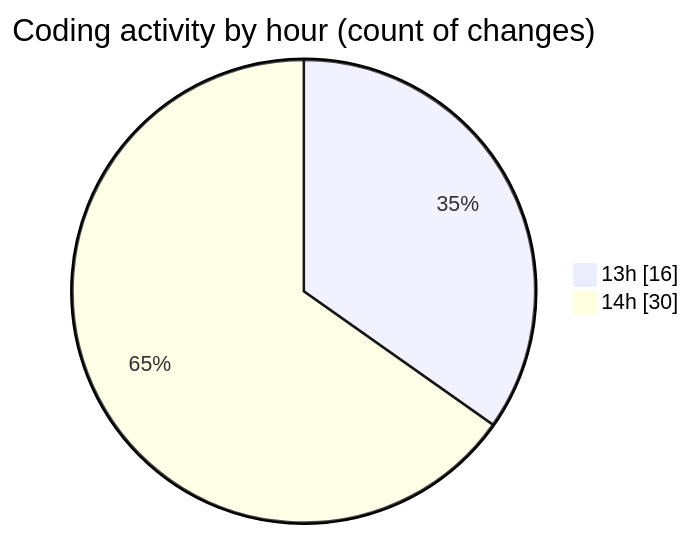
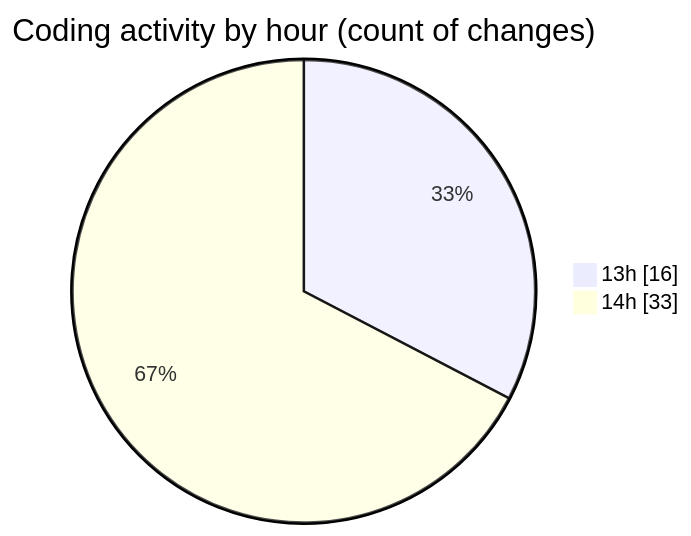
The second of 2 diagrams in 2025-02-23/codepack/README.md (charlie-sans/code-tracking), drawn with Mermaid before and after one commit. The commit also changed other lines of this file and 1 other file, not shown here.

````diff
--- a/2025-02-23/codepack/README.md
+++ b/2025-02-23/codepack/README.md
@@ -35,6 +35,6 @@
 ```mermaid
 pie showData
 title Coding activity by hour (count of changes)
 "13h" : 16
-"14h" : 30
+"14h" : 33
 ```
````
